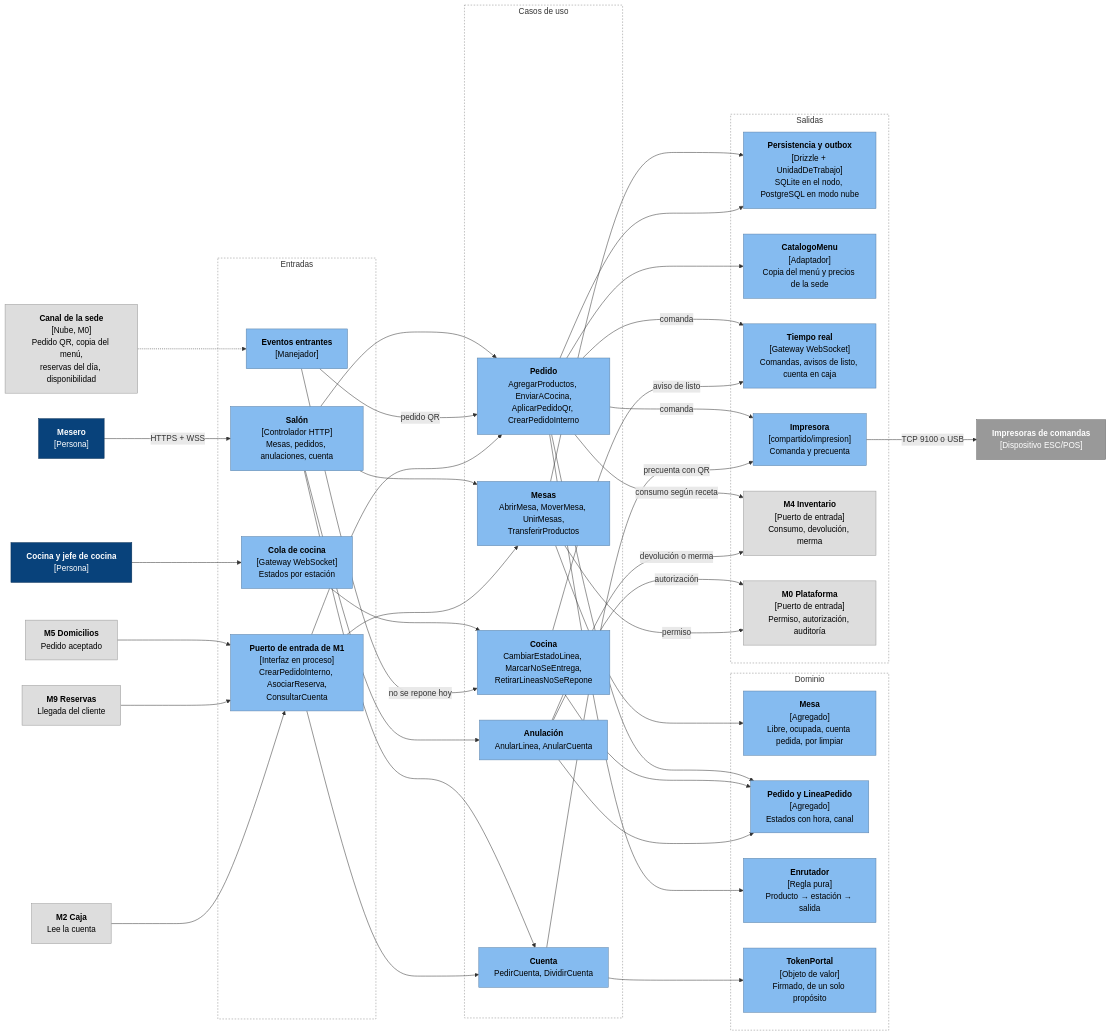
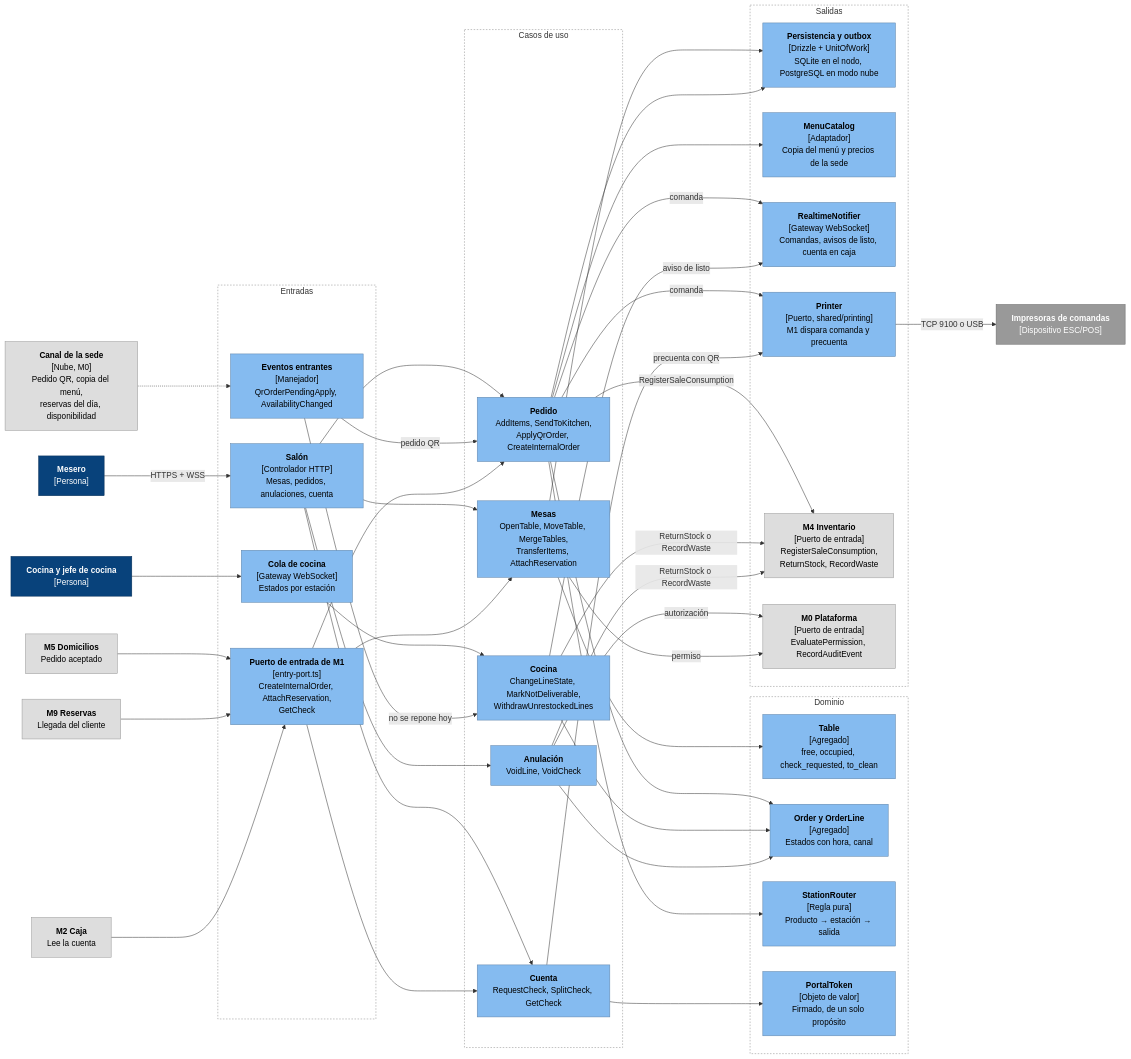
One commit to CesarJOtizM/blackHole changed the first of 2 diagrams in docs/arquitectura/componentes/c4-m1-pedidos-y-salon.md. Above: the diagram before and after it, drawn with Mermaid. The commit also changed other lines of this file and 159 other files, not shown here.

````diff
--- a/docs/arquitectura/componentes/c4-m1-pedidos-y-salon.md
+++ b/docs/arquitectura/componentes/c4-m1-pedidos-y-salon.md
@@ -16,89 +16,90 @@
 ```mermaid
 flowchart LR
-  MES["<b>Mesero</b><br/>[Persona]"]:::persona
-  COC["<b>Cocina y jefe de cocina</b><br/>[Persona]"]:::persona
-  CAN["<b>Canal de la sede</b><br/>[Nube, M0]<br/>Pedido QR, copia del menú,<br/>reservas del día, disponibilidad"]:::modulo
+  WAI["<b>Mesero</b><br/>[Persona]"]:::persona
+  KIT["<b>Cocina y jefe de cocina</b><br/>[Persona]"]:::persona
+  CHN["<b>Canal de la sede</b><br/>[Nube, M0]<br/>Pedido QR, copia del menú,<br/>reservas del día, disponibilidad"]:::modulo
   M5I["<b>M5 Domicilios</b><br/>Pedido aceptado"]:::modulo
   M9I["<b>M9 Reservas</b><br/>Llegada del cliente"]:::modulo
   M2I["<b>M2 Caja</b><br/>Lee la cuenta"]:::modulo
 
-  subgraph Entradas["Entradas"]
+  subgraph Inputs["Entradas"]
     HTTP["<b>Salón</b><br/>[Controlador HTTP]<br/>Mesas, pedidos, anulaciones, cuenta"]:::componente
     WSK["<b>Cola de cocina</b><br/>[Gateway WebSocket]<br/>Estados por estación"]:::componente
-    EVT["<b>Eventos entrantes</b><br/>[Manejador]"]:::componente
-    PIE["<b>Puerto de entrada de M1</b><br/>[Interfaz en proceso]<br/>CrearPedidoInterno, AsociarReserva,<br/>ConsultarCuenta"]:::componente
+    EVT["<b>Eventos entrantes</b><br/>[Manejador]<br/>QrOrderPendingApply, AvailabilityChanged"]:::componente
+    EP["<b>Puerto de entrada de M1</b><br/>[entry-port.ts]<br/>CreateInternalOrder, AttachReservation,<br/>GetCheck"]:::componente
   end
 
-  subgraph Aplicacion["Casos de uso"]
-    UC_MESA["<b>Mesas</b><br/>AbrirMesa, MoverMesa, UnirMesas,<br/>TransferirProductos"]:::componente
-    UC_PED["<b>Pedido</b><br/>AgregarProductos, EnviarACocina,<br/>AplicarPedidoQr, CrearPedidoInterno"]:::componente
-    UC_COC["<b>Cocina</b><br/>CambiarEstadoLinea, MarcarNoSeEntrega,<br/>RetirarLineasNoSeRepone"]:::componente
-    UC_ANU["<b>Anulación</b><br/>AnularLinea, AnularCuenta"]:::componente
-    UC_CTA["<b>Cuenta</b><br/>PedirCuenta, DividirCuenta"]:::componente
+  subgraph Application["Casos de uso"]
+    UC_TAB["<b>Mesas</b><br/>OpenTable, MoveTable, MergeTables,<br/>TransferItems, AttachReservation"]:::componente
+    UC_ORD["<b>Pedido</b><br/>AddItems, SendToKitchen,<br/>ApplyQrOrder, CreateInternalOrder"]:::componente
+    UC_KIT["<b>Cocina</b><br/>ChangeLineState, MarkNotDeliverable,<br/>WithdrawUnrestockedLines"]:::componente
+    UC_VOID["<b>Anulación</b><br/>VoidLine, VoidCheck"]:::componente
+    UC_CHK["<b>Cuenta</b><br/>RequestCheck, SplitCheck, GetCheck"]:::componente
   end
 
-  subgraph Dominio["Dominio"]
-    D_MESA["<b>Mesa</b><br/>[Agregado]<br/>Libre, ocupada, cuenta pedida, por limpiar"]:::componente
-    D_PED["<b>Pedido y LineaPedido</b><br/>[Agregado]<br/>Estados con hora, canal"]:::componente
-    D_ENR["<b>Enrutador</b><br/>[Regla pura]<br/>Producto → estación → salida"]:::componente
-    D_TOK["<b>TokenPortal</b><br/>[Objeto de valor]<br/>Firmado, de un solo propósito"]:::componente
+  subgraph Domain["Dominio"]
+    D_TAB["<b>Table</b><br/>[Agregado]<br/>free, occupied, check_requested, to_clean"]:::componente
+    D_ORD["<b>Order y OrderLine</b><br/>[Agregado]<br/>Estados con hora, canal"]:::componente
+    D_RTR["<b>StationRouter</b><br/>[Regla pura]<br/>Producto → estación → salida"]:::componente
+    D_TOK["<b>PortalToken</b><br/>[Objeto de valor]<br/>Firmado, de un solo propósito"]:::componente
   end
 
-  subgraph Salida["Salidas"]
-    REPO["<b>Persistencia y outbox</b><br/>[Drizzle + UnidadDeTrabajo]<br/>SQLite en el nodo, PostgreSQL en modo nube"]:::componente
-    MENU["<b>CatalogoMenu</b><br/>[Adaptador]<br/>Copia del menú y precios de la sede"]:::componente
-    RT["<b>Tiempo real</b><br/>[Gateway WebSocket]<br/>Comandas, avisos de listo, cuenta en caja"]:::componente
-    IMPR["<b>Impresora</b><br/>[compartido/impresion]<br/>Comanda y precuenta"]:::componente
-    M4["<b>M4 Inventario</b><br/>[Puerto de entrada]<br/>Consumo, devolución, merma"]:::modulo
-    M0["<b>M0 Plataforma</b><br/>[Puerto de entrada]<br/>Permiso, autorización, auditoría"]:::modulo
+  subgraph Outputs["Salidas"]
+    REPO["<b>Persistencia y outbox</b><br/>[Drizzle + UnitOfWork]<br/>SQLite en el nodo, PostgreSQL en modo nube"]:::componente
+    MENU["<b>MenuCatalog</b><br/>[Adaptador]<br/>Copia del menú y precios de la sede"]:::componente
+    RT["<b>RealtimeNotifier</b><br/>[Gateway WebSocket]<br/>Comandas, avisos de listo, cuenta en caja"]:::componente
+    PRN["<b>Printer</b><br/>[Puerto, shared/printing]<br/>M1 dispara comanda y precuenta"]:::componente
+    M4["<b>M4 Inventario</b><br/>[Puerto de entrada]<br/>RegisterSaleConsumption,<br/>ReturnStock, RecordWaste"]:::modulo
+    M0["<b>M0 Plataforma</b><br/>[Puerto de entrada]<br/>EvaluatePermission, RecordAuditEvent"]:::modulo
   end
 
-  IMP["<b>Impresoras de comandas</b><br/>[Dispositivo ESC/POS]"]:::externo
+  PRT["<b>Impresoras de comandas</b><br/>[Dispositivo ESC/POS]"]:::externo
 
-  MES -- "HTTPS + WSS" --> HTTP
-  COC --> WSK
-  CAN -.-> EVT
-  M5I --> PIE
-  M9I --> PIE
-  M2I --> PIE
+  WAI -- "HTTPS + WSS" --> HTTP
+  KIT --> WSK
+  CHN -.-> EVT
+  M5I --> EP
+  M9I --> EP
+  M2I --> EP
 
-  HTTP --> UC_MESA
-  HTTP --> UC_PED
-  HTTP --> UC_ANU
-  HTTP --> UC_CTA
-  WSK --> UC_COC
-  EVT -- "pedido QR" --> UC_PED
-  EVT -- "no se repone hoy" --> UC_COC
-  PIE --> UC_PED
-  PIE --> UC_MESA
-  PIE --> UC_CTA
+  HTTP --> UC_TAB
+  HTTP --> UC_ORD
+  HTTP --> UC_VOID
+  HTTP --> UC_CHK
+  WSK --> UC_KIT
+  EVT -- "pedido QR" --> UC_ORD
+  EVT -- "no se repone hoy" --> UC_KIT
+  EP --> UC_ORD
+  EP --> UC_TAB
+  EP --> UC_CHK
 
-  UC_MESA --> D_MESA
-  UC_PED --> D_PED
-  UC_PED --> D_ENR
-  UC_COC --> D_PED
-  UC_ANU --> D_PED
-  UC_CTA --> D_TOK
+  UC_TAB --> D_TAB
+  UC_ORD --> D_ORD
+  UC_ORD --> D_RTR
+  UC_KIT --> D_ORD
+  UC_VOID --> D_ORD
+  UC_CHK --> D_TOK
 
-  UC_MESA --> REPO
-  UC_PED --> REPO
-  UC_PED --> MENU
-  UC_PED -- "comanda" --> RT
-  UC_PED -- "comanda" --> IMPR
-  UC_PED -- "consumo según receta" --> M4
-  UC_COC -- "aviso de listo" --> RT
-  UC_ANU -- "devolución o merma" --> M4
-  UC_ANU -- "autorización" --> M0
-  UC_MESA -- "permiso" --> M0
-  UC_CTA -- "precuenta con QR" --> IMPR
-  IMPR -- "TCP 9100 o USB" --> IMP
+  UC_TAB --> REPO
+  UC_ORD --> REPO
+  UC_ORD --> MENU
+  UC_ORD -- "comanda" --> RT
+  UC_ORD -- "comanda" --> PRN
+  UC_ORD -- "RegisterSaleConsumption" --> M4
+  UC_KIT -- "aviso de listo" --> RT
+  UC_KIT -- "ReturnStock o RecordWaste" --> M4
+  UC_VOID -- "ReturnStock o RecordWaste" --> M4
+  UC_VOID -- "autorización" --> M0
+  UC_TAB -- "permiso" --> M0
+  UC_CHK -- "precuenta con QR" --> PRN
+  PRN -- "TCP 9100 o USB" --> PRT
 
   classDef persona fill:#08427b,stroke:#052e56,color:#fff
   classDef componente fill:#85bbf0,stroke:#5d82a8,color:#000
   classDef modulo fill:#dddddd,stroke:#999999,color:#000
   classDef externo fill:#999999,stroke:#6b6b6b,color:#fff
-  style Entradas fill:none,stroke:#888,stroke-dasharray: 3 3
-  style Aplicacion fill:none,stroke:#888,stroke-dasharray: 3 3
-  style Dominio fill:none,stroke:#888,stroke-dasharray: 3 3
-  style Salida fill:none,stroke:#888,stroke-dasharray: 3 3
+  style Inputs fill:none,stroke:#888,stroke-dasharray: 3 3
+  style Application fill:none,stroke:#888,stroke-dasharray: 3 3
+  style Domain fill:none,stroke:#888,stroke-dasharray: 3 3
+  style Outputs fill:none,stroke:#888,stroke-dasharray: 3 3
 ```
````
